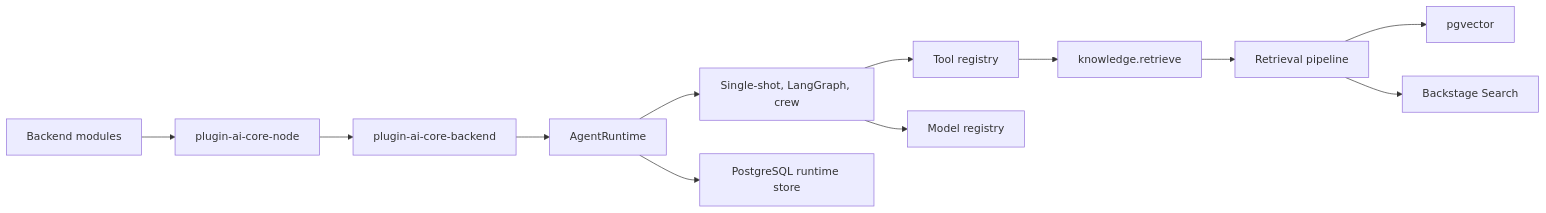
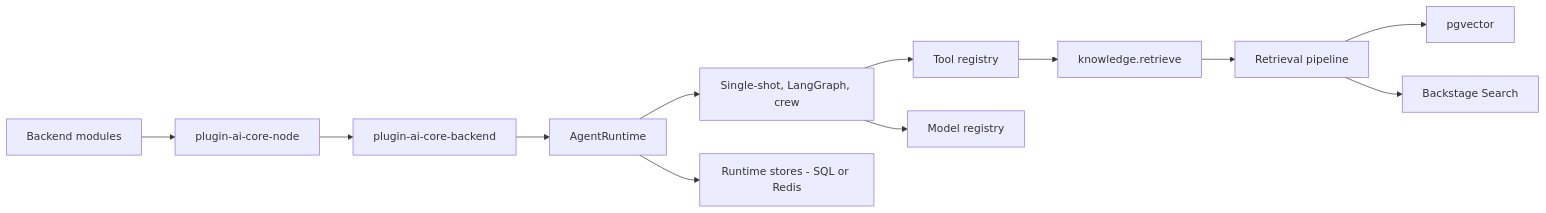
The diagram in README.md (webstackdev/ai-crew-suite), drawn with Mermaid before and after one commit. The commit also changed 36 other files, not shown here.

Commit message:
Refactor agentic runtime store to its own plugin

````diff
--- a/README.md
+++ b/README.md
@@ -26,14 +26,14 @@
 ```mermaid
 flowchart LR
   Modules[Backend modules] --> Contracts[plugin-ai-core-node]
   Contracts --> Core[plugin-ai-core-backend]
   Core --> Runtime[AgentRuntime]
   Runtime --> Orchestrators[Single-shot, LangGraph, crew]
-  Runtime --> Store[PostgreSQL runtime store]
+  Runtime --> Stores[Runtime stores - SQL or Redis]
   Orchestrators --> Tools[Tool registry]
   Orchestrators --> Models[Model registry]
   Tools --> Retrieval[knowledge.retrieve]
   Retrieval --> Pipeline[Retrieval pipeline]
   Pipeline --> Vectors[pgvector]
   Pipeline --> Search[Backstage Search]
 ```
````
